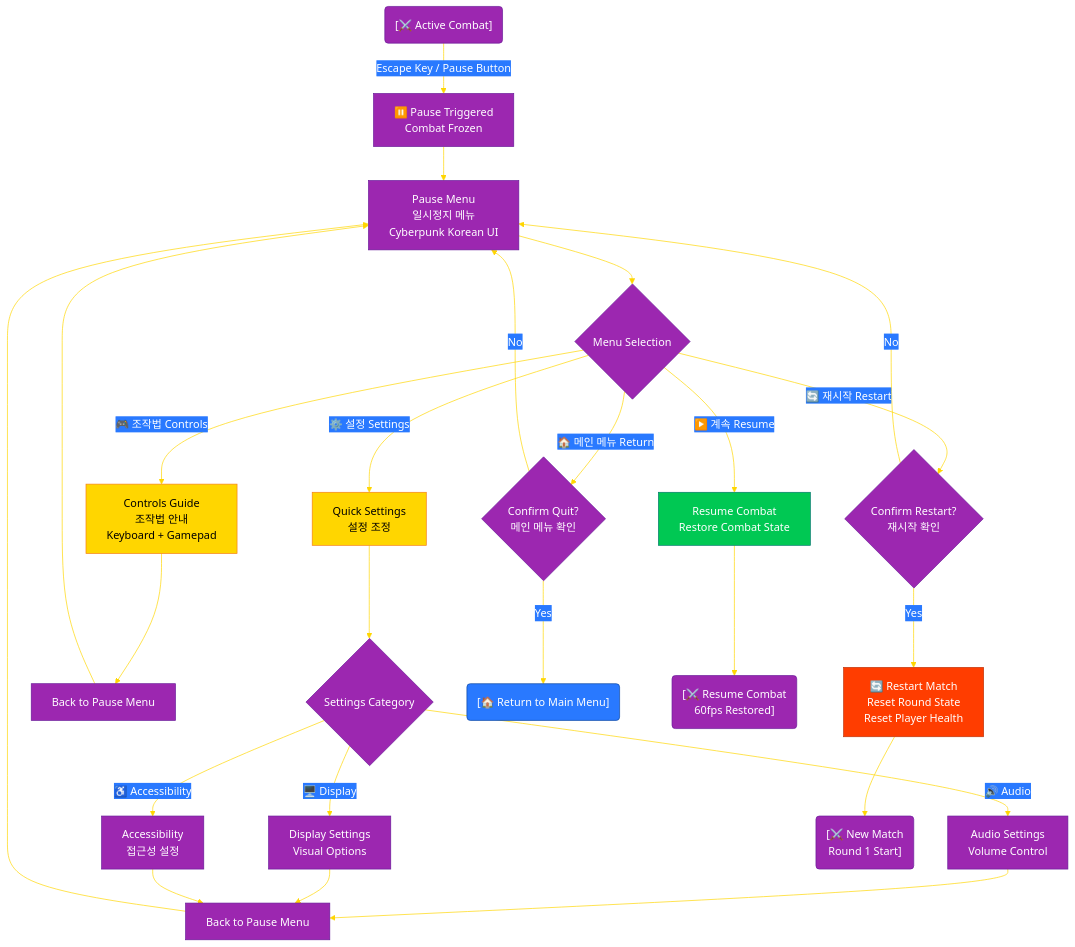
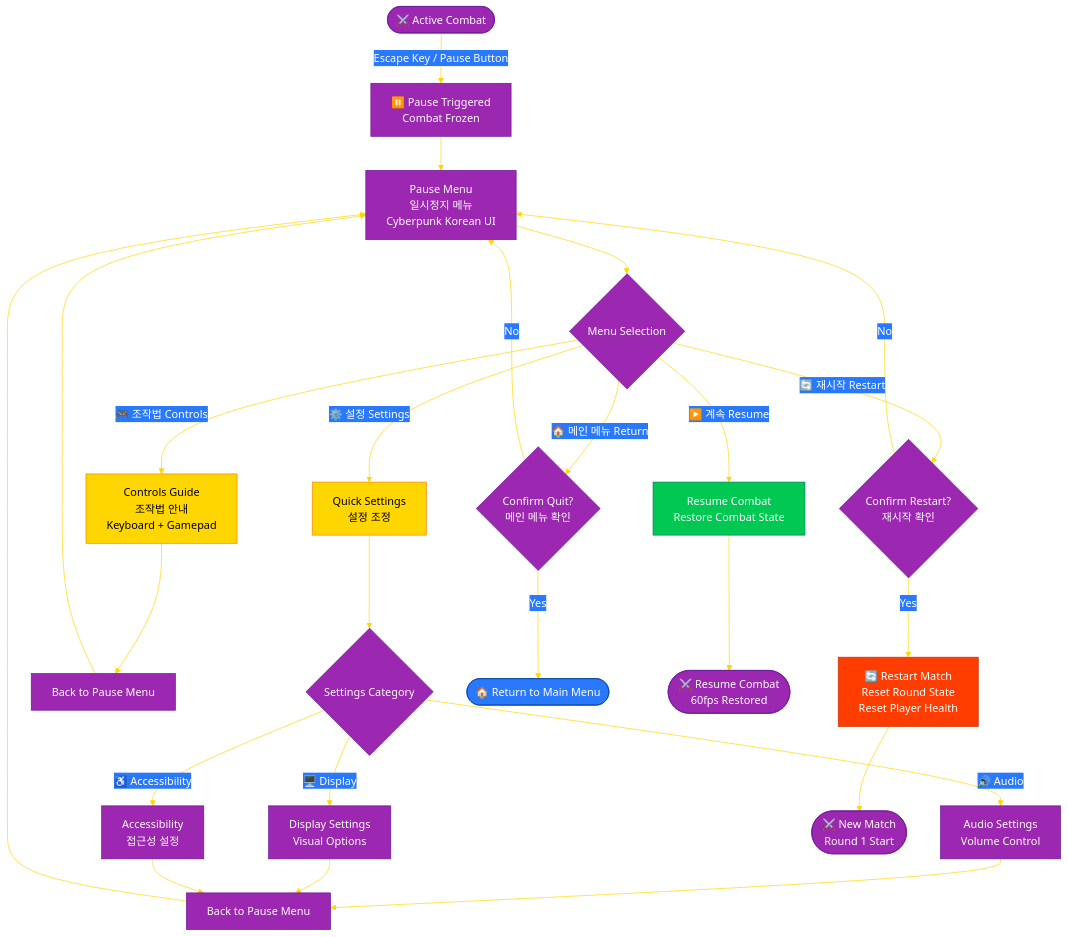
Before and after one commit to Hack23/blacktrigram: the third of 11 diagrams in FLOWCHART.md, drawn with Mermaid. The commit also changed other lines of this file and 3 other files, not shown here.

First line of the commit message:
fix: address PR review comments - pin deps, fix mermaid extractor, fix stadium nodes

````diff
--- a/FLOWCHART.md
+++ b/FLOWCHART.md
@@ -187,44 +187,44 @@
 ```mermaid
 %%{init: {'theme':'base', 'themeVariables': {'primaryColor':'#9C27B0','primaryTextColor':'#fff','primaryBorderColor':'#6A1B9A','lineColor':'#FFD600','secondaryColor':'#2979FF','tertiaryColor':'#FF3D00'}}}%%
 flowchart TD
-    Combat("[⚔️ Active Combat]") -->|Escape Key / Pause Button| PauseTriggered["⏸️ Pause Triggered<br/>Combat Frozen"]
+    Combat(["⚔️ Active Combat"]) -->|Escape Key / Pause Button| PauseTriggered["⏸️ Pause Triggered<br/>Combat Frozen"]
 
     PauseTriggered --> PauseMenu[Pause Menu<br/>일시정지 메뉴<br/>Cyberpunk Korean UI]
 
     PauseMenu --> MenuItem{Menu Selection}
 
     MenuItem -->|▶️ 계속 Resume| Resume[Resume Combat<br/>Restore Combat State]
     MenuItem -->|🔄 재시작 Restart| ConfirmRestart{Confirm Restart?<br/>재시작 확인}
     MenuItem -->|🎮 조작법 Controls| ControlsGuide[Controls Guide<br/>조작법 안내<br/>Keyboard + Gamepad]
     MenuItem -->|⚙️ 설정 Settings| QuickSettings[Quick Settings<br/>설정 조정]
     MenuItem -->|🏠 메인 메뉴 Return| ConfirmQuit{Confirm Quit?<br/>메인 메뉴 확인}
 
     ConfirmRestart -->|Yes| RestartMatch["🔄 Restart Match<br/>Reset Round State<br/>Reset Player Health"]
     ConfirmRestart -->|No| PauseMenu
 
     ControlsGuide --> BackToPause1[Back to Pause Menu]
     BackToPause1 --> PauseMenu
 
     QuickSettings --> SettingsOptions{Settings Category}
     SettingsOptions -->|🔊 Audio| AudioSettings[Audio Settings<br/>Volume Control]
     SettingsOptions -->|🖥️ Display| DisplaySettings[Display Settings<br/>Visual Options]
     SettingsOptions -->|♿ Accessibility| AccessSettings[Accessibility<br/>접근성 설정]
     AudioSettings --> BackToPause2[Back to Pause Menu]
     DisplaySettings --> BackToPause2
     AccessSettings --> BackToPause2
     BackToPause2 --> PauseMenu
 
-    ConfirmQuit -->|Yes| MainMenu("[🏠 Return to Main Menu]")
+    ConfirmQuit -->|Yes| MainMenu(["🏠 Return to Main Menu"])
     ConfirmQuit -->|No| PauseMenu
 
-    Resume --> Combat2("[⚔️ Resume Combat<br/>60fps Restored]")
-    RestartMatch --> Combat3("[⚔️ New Match<br/>Round 1 Start]")
+    Resume --> Combat2(["⚔️ Resume Combat<br/>60fps Restored"])
+    RestartMatch --> Combat3(["⚔️ New Match<br/>Round 1 Start"])
 
     style PauseTriggered fill:#9C27B0,stroke:#6A1B9A,color:#fff
     style PauseMenu fill:#9C27B0,stroke:#6A1B9A,color:#fff
     style Resume fill:#00C853,stroke:#00796B,color:#fff
     style MainMenu fill:#2979FF,stroke:#0D47A1,color:#fff
     style ControlsGuide fill:#FFD600,stroke:#F57F17,color:#000
     style QuickSettings fill:#FFD600,stroke:#F57F17,color:#000
     style RestartMatch fill:#FF3D00,stroke:#BF360C,color:#fff
 ```
````
